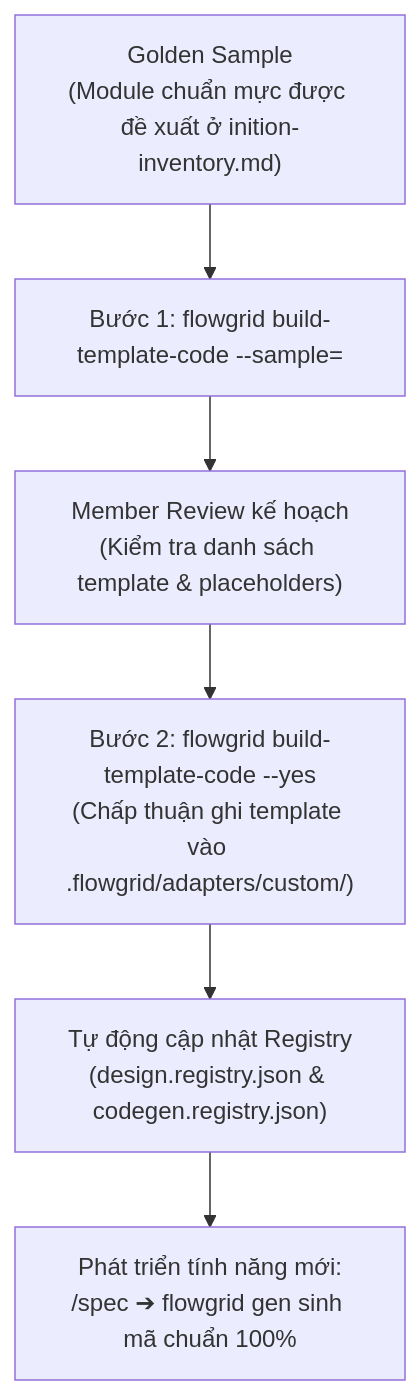
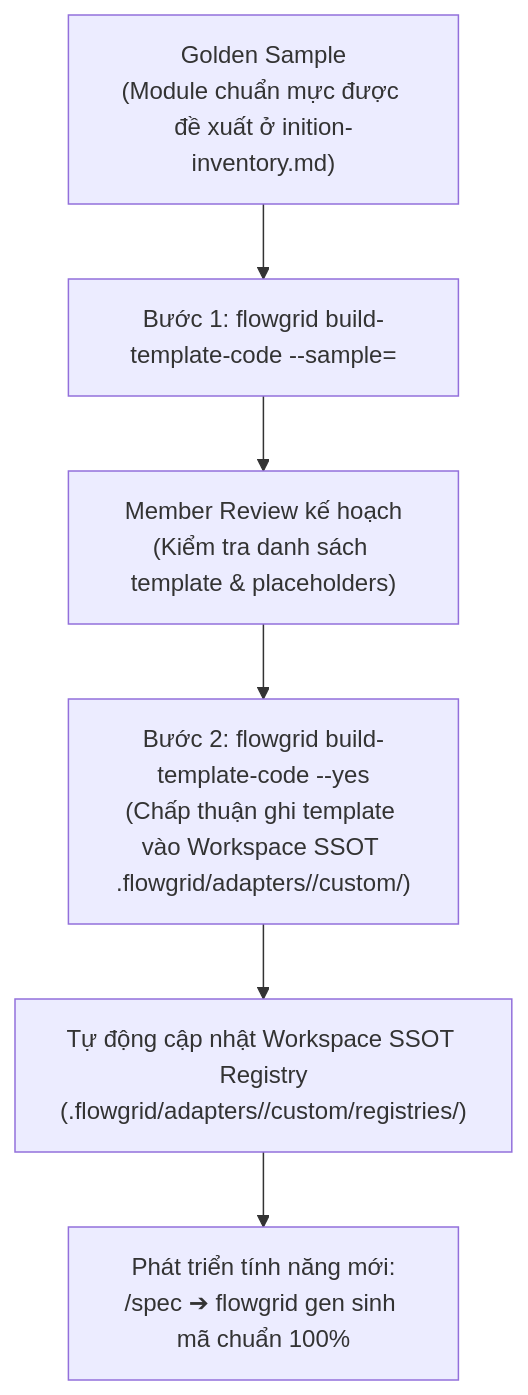
The third of 3 diagrams in workflows/phase-0-setup.md (ShanYuCoder/flowgrid-docs), drawn with Mermaid before and after one commit. The commit also changed other lines of this file and 12 other files, not shown here.

````diff
--- a/workflows/phase-0-setup.md
+++ b/workflows/phase-0-setup.md
@@ -172,8 +174,8 @@
 ```mermaid
 flowchart TD
   SAMPLE["Golden Sample<br/>(Module chuẩn mực được đề xuất ở inition-inventory.md)"] --> PLAN["Bước 1: flowgrid build-template-code --sample=<path><br/>(Phân tích cấu trúc, xuất template-plan.json)"]
   PLAN --> REVIEW["Member Review kế hoạch<br/>(Kiểm tra danh sách template & placeholders)"]
-  REVIEW --> APPLY["Bước 2: flowgrid build-template-code --yes<br/>(Chấp thuận ghi template vào .flowgrid/adapters/custom/)"]
-  APPLY --> SYNC["Tự động cập nhật Registry<br/>(design.registry.json & codegen.registry.json)"]
+  REVIEW --> APPLY["Bước 2: flowgrid build-template-code --yes<br/>(Chấp thuận ghi template vào Workspace SSOT .flowgrid/adapters/<target>/custom/)"]
+  APPLY --> SYNC["Tự động cập nhật Workspace SSOT Registry<br/>(.flowgrid/adapters/<target>/custom/registries/)"]
   SYNC --> NEW_DEV["Phát triển tính năng mới:<br/>/spec ➔ flowgrid gen sinh mã chuẩn 100%"]
 ```
````
